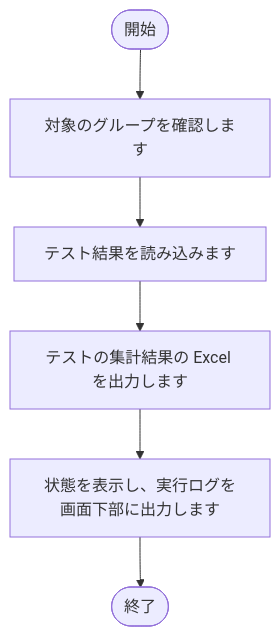
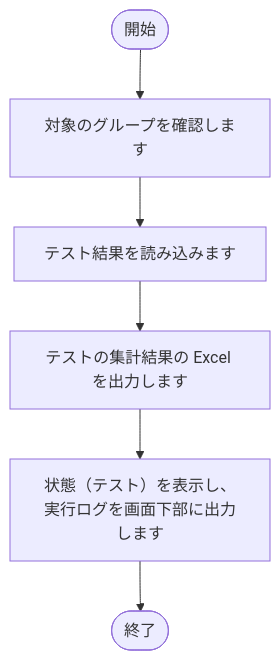
Before and after one commit to nishida2073/project_management: the sixth of 28 diagrams in tool/track-aggregator/doc/02_設計/処理フロー.md, drawn with Mermaid. The commit also changed other lines of this file and 19 other files, not shown here.

````diff
--- a/tool/track-aggregator/doc/02_設計/処理フロー.md
+++ b/tool/track-aggregator/doc/02_設計/処理フロー.md
@@ -158,14 +160,14 @@
 ```mermaid
 flowchart TD
     S(["開始"])
     E(["終了"])
     N1["対象のグループを確認します"]
     S --> N1
     N2["テスト結果を読み込みます"]
     N1 --> N2
     N3["テストの集計結果の Excel を出力します"]
     N2 --> N3
-    N4["状態を表示し、実行ログを画面下部に出力します"]
+    N4["状態（テスト）を表示し、実行ログを画面下部に出力します"]
     N3 --> N4
     N4 --> E
 ```
````
